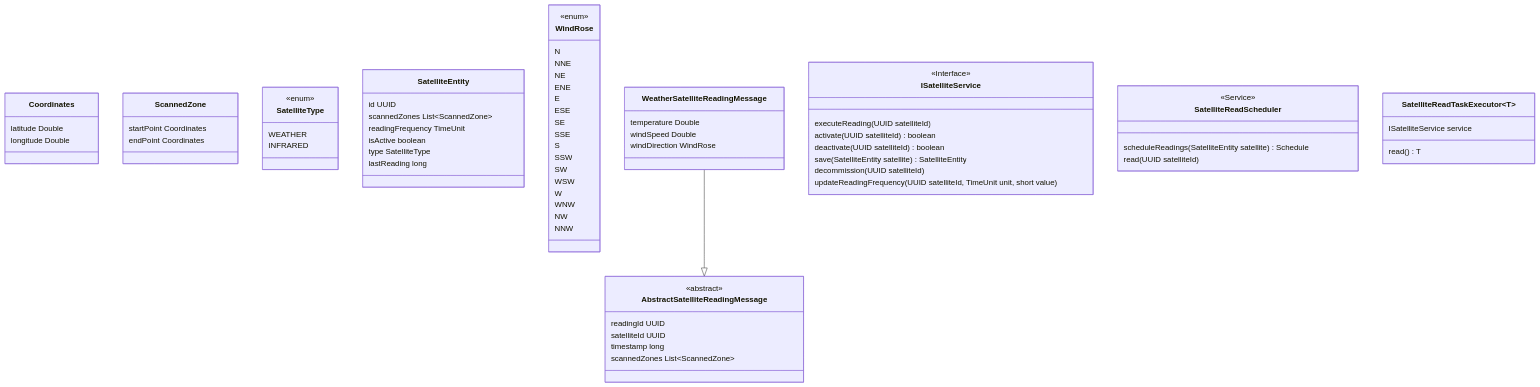
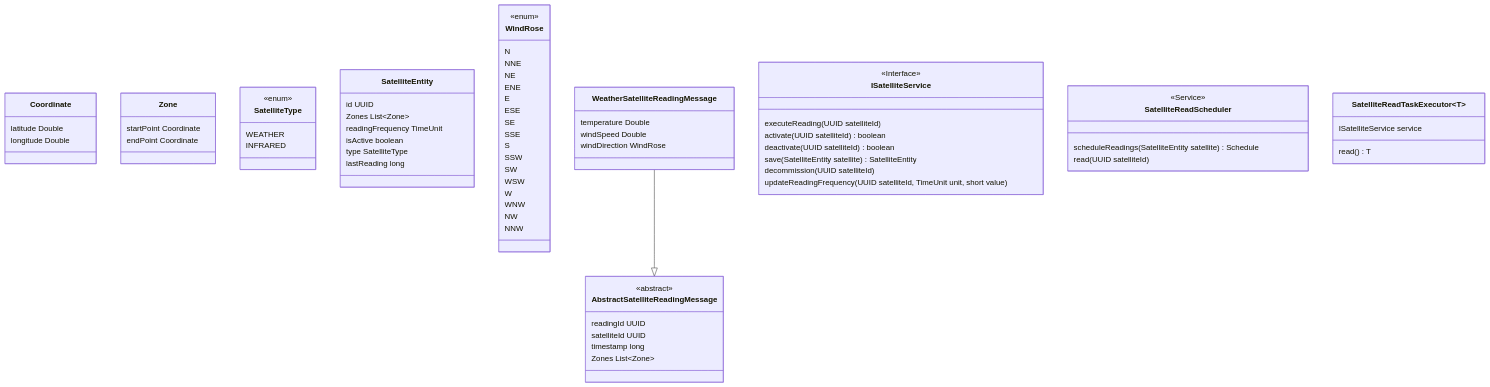
One commit to ornellast/turbo-octo-telegram changed the diagram in aerospace-agency-classes.mmd. Above: the diagram before and after it, drawn with Mermaid. The commit also changed 4 other files, not shown here.

```diff
--- a/aerospace-agency-classes.mmd
+++ b/aerospace-agency-classes.mmd
@@ -1,81 +1,81 @@
 classDiagram
-	class Coordinates
-		Coordinates: latitude Double
-		Coordinates: longitude Double
+	class Coordinate
+		Coordinate: latitude Double
+		Coordinate: longitude Double
 
-	class ScannedZone
-		ScannedZone : startPoint Coordinates
-		ScannedZone : endPoint Coordinates
+	class Zone
+		Zone : startPoint Coordinate
+		Zone : endPoint Coordinate
 	
 	class SatelliteType
 		<<enum>> SatelliteType
 		SatelliteType : WEATHER
 		SatelliteType : INFRARED 
 
 	class SatelliteEntity
 		SatelliteEntity : id UUID
-		SatelliteEntity : scannedZones List~ScannedZone~
+		SatelliteEntity : Zones List~Zone~
 		SatelliteEntity : readingFrequency TimeUnit
 		SatelliteEntity : isActive boolean
 		SatelliteEntity : type SatelliteType
 		SatelliteEntity : lastReading long
 
 	class WindRose
 		<<enum>> WindRose
 		WindRose : N
 		WindRose : NNE
 		WindRose : NE
 		WindRose : ENE
 		WindRose : E
 		WindRose : ESE
 		WindRose : SE
 		WindRose : SSE
 		WindRose : S
 		WindRose : SSW
 		WindRose : SW
 		WindRose : WSW
 		WindRose : W
 		WindRose : WNW
 		WindRose : NW
 		WindRose : NNW
 
 	class AbstractSatelliteReadingMessage
 		<<abstract>> AbstractSatelliteReadingMessage
 		AbstractSatelliteReadingMessage : readingId UUID
 		AbstractSatelliteReadingMessage : satelliteId UUID
 		AbstractSatelliteReadingMessage : timestamp long
-		AbstractSatelliteReadingMessage : scannedZones List~ScannedZone~
+		AbstractSatelliteReadingMessage : Zones List~Zone~
 
 	class WeatherSatelliteReadingMessage
 		WeatherSatelliteReadingMessage : temperature Double
 		WeatherSatelliteReadingMessage : windSpeed Double
 		WeatherSatelliteReadingMessage : windDirection WindRose
 
 	class ISatelliteService
 		<<Interface>> ISatelliteService
 		%% Executes a reading without change the already scheduled
 		ISatelliteService : executeReading(UUID satelliteId)
 		%% sets isActive as true and schedules readings
 		ISatelliteService : activate(UUID satelliteId) boolean
 		%% sets isActive as false and cancels future readings
 		ISatelliteService : deactivate(UUID satelliteId) boolean
 		%% save and schedule a read
 		ISatelliteService : save(SatelliteEntity satellite) SatelliteEntity
 		%% Deletes a satellite
 		ISatelliteService : decommission(UUID satelliteId)
 		%% Updates a satellite, cancels previous readings and schedules future readings
 		ISatelliteService : updateReadingFrequency(UUID satelliteId, TimeUnit unit, short value)
 
 	class SatelliteReadScheduler
 		<<Service>> SatelliteReadScheduler
 		%% Create the executor %%
 		SatelliteReadScheduler : scheduleReadings(SatelliteEntity satellite) Schedule
 		%% Create and send a kafka message %%
 		SatelliteReadScheduler : read(UUID satelliteId) 
 
 	%% Creates and send the message to kafka topic
 	class SatelliteReadTaskExecutor~T~
 		SatelliteReadTaskExecutor : ISatelliteService service
 		SatelliteReadTaskExecutor : read() T
 
 	WeatherSatelliteReadingMessage --|> AbstractSatelliteReadingMessage
```
